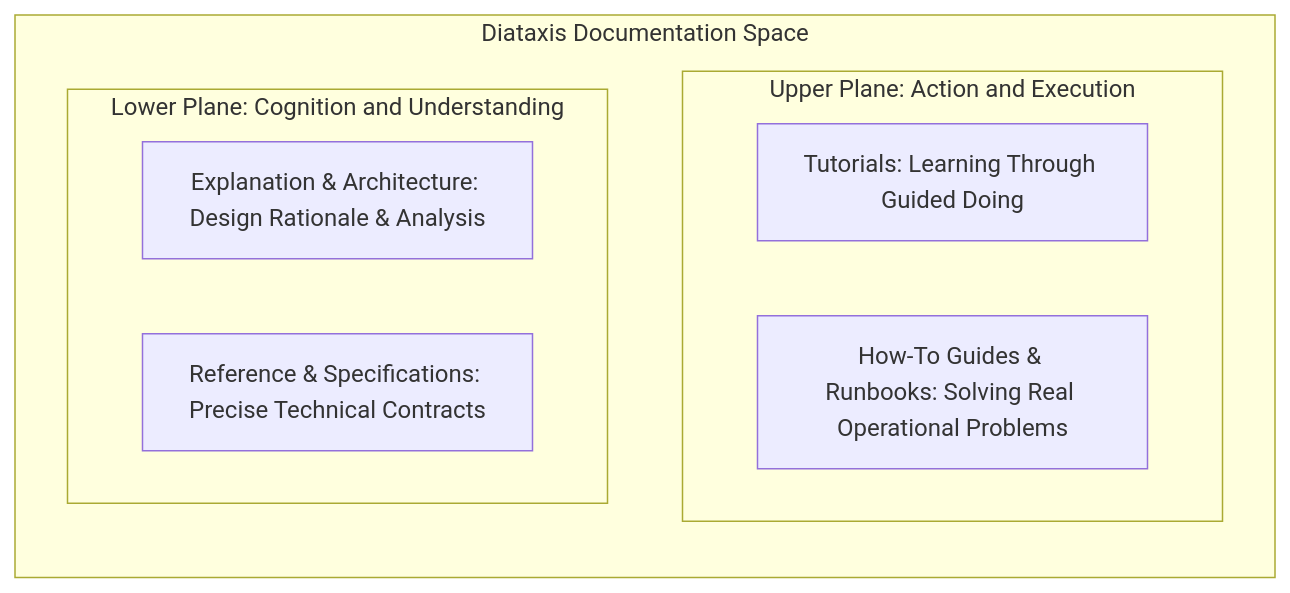
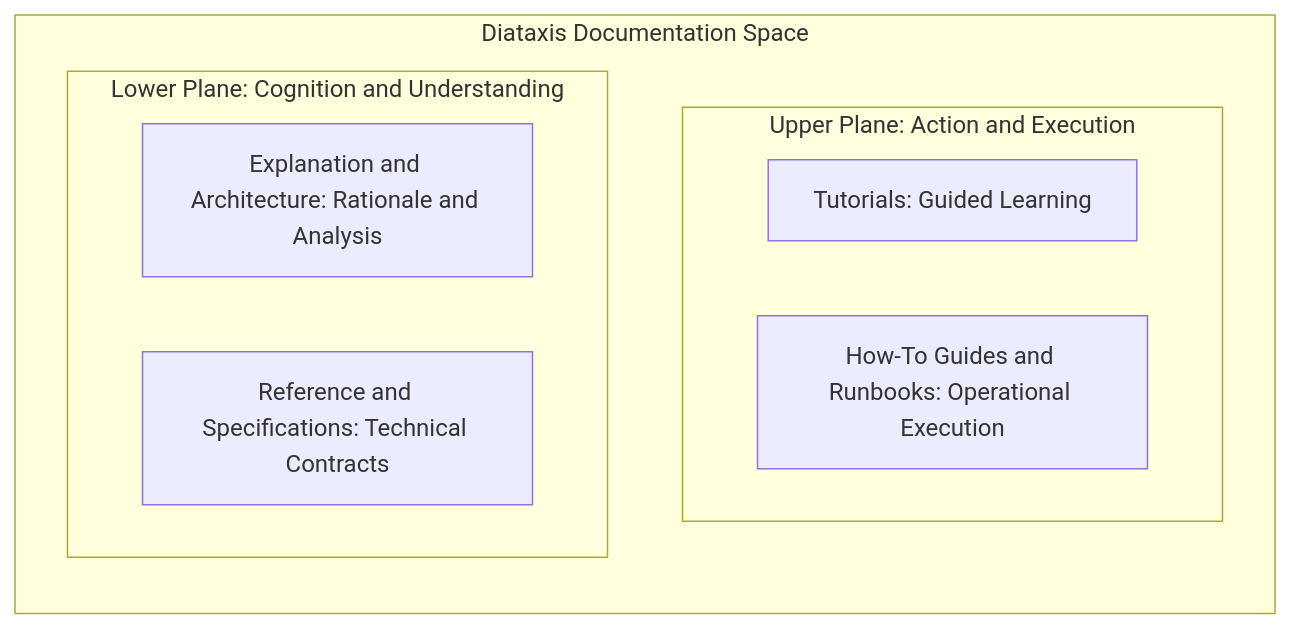
One commit to mynhleeh/directive changed the first of 2 diagrams in instructions/skills/active/technical-doc-author/references/document-types-matrix.md. Above: the diagram before and after it, drawn with Mermaid. The commit also changed other lines of this file and 43 other files, not shown here.

````diff
--- a/instructions/skills/active/technical-doc-author/references/document-types-matrix.md
+++ b/instructions/skills/active/technical-doc-author/references/document-types-matrix.md
@@ -30,14 +19,14 @@
 ```mermaid
 flowchart TD
   subgraph DiataxisSpace["Diataxis Documentation Space"]
     direction TB
-    subgraph ActionQuadrant["Upper Plane: Action and Execution"]
-      TUT["Tutorials: Learning Through Guided Doing"]
-      HTG["How-To Guides & Runbooks: Solving Real Operational Problems"]
+    subgraph ActionPlane["Upper Plane: Action and Execution"]
+      TUT["Tutorials: Guided Learning"]
+      HTG["How-To Guides and Runbooks: Operational Execution"]
     end
-    subgraph CognitionQuadrant["Lower Plane: Cognition and Understanding"]
-      EXP["Explanation & Architecture: Design Rationale & Analysis"]
-      REF["Reference & Specifications: Precise Technical Contracts"]
+    subgraph CognitionPlane["Lower Plane: Cognition and Understanding"]
+      EXP["Explanation and Architecture: Rationale and Analysis"]
+      REF["Reference and Specifications: Technical Contracts"]
     end
   end
 ```
````
